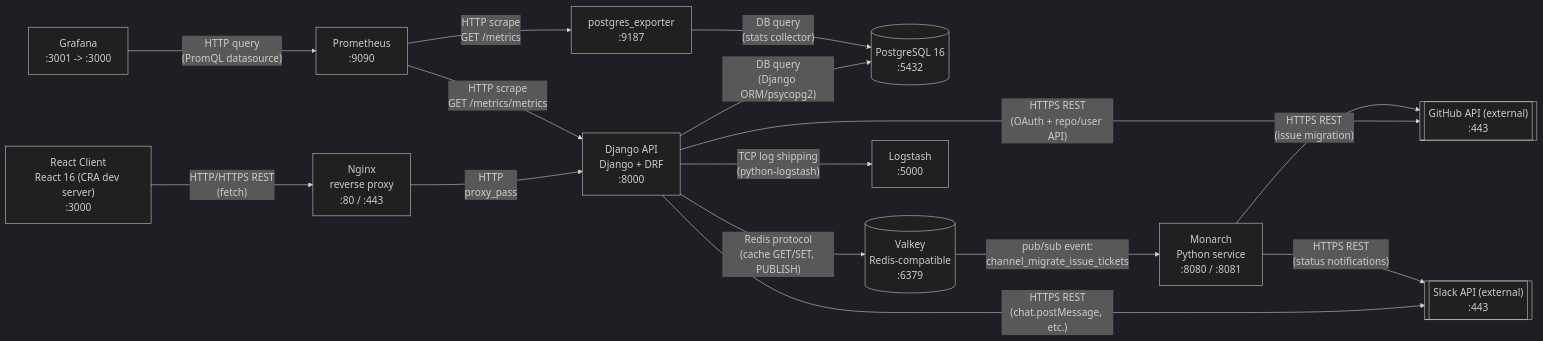
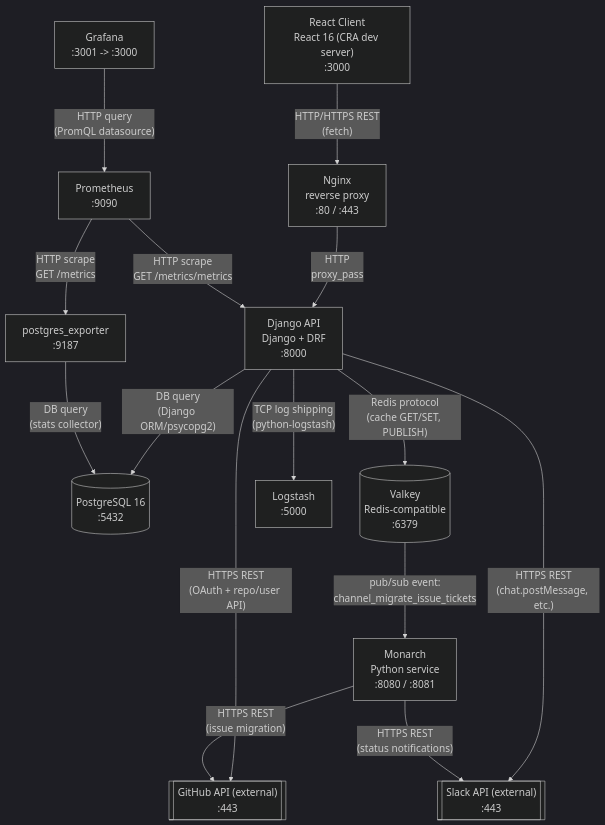
Before and after one commit to KaiSwain/learn-ops-infrastructure: the diagram in system-map-ai.md, drawn with Mermaid.

Commit message:
Add system map AI

````diff
--- a/system-map-ai.md
+++ b/system-map-ai.md
@@ -1,31 +1,31 @@
 ```mermaid
-%%{init: {'theme': 'dark', 'themeVariables': {'fontSize': '18px'}, 'flowchart': {'nodeSpacing': 50, 'rankSpacing': 110}}}%%
-graph LR
+%%{init: {'theme': 'dark', 'themeVariables': {'fontSize': '18px'}, 'flowchart': {'nodeSpacing': 50, 'rankSpacing': 90}}}%%
+graph TB
     Client["React Client<br/>React 16 (CRA dev server)<br/>:3000"]
     Nginx["Nginx<br/>reverse proxy<br/>:80 / :443"]
     API["Django API<br/>Django + DRF<br/>:8000"]
     DB[("PostgreSQL 16<br/>:5432")]
     Valkey[("Valkey<br/>Redis-compatible<br/>:6379")]
     Monarch["Monarch<br/>Python service<br/>:8080 / :8081"]
     Logstash["Logstash<br/>:5000"]
     Prometheus["Prometheus<br/>:9090"]
     PGExporter["postgres_exporter<br/>:9187"]
     Grafana["Grafana<br/>:3001 -> :3000"]
     GitHub[["GitHub API (external)<br/>:443"]]
     Slack[["Slack API (external)<br/>:443"]]
 
     Client -->|"HTTP/HTTPS REST<br/>(fetch)"| Nginx
     Nginx -->|"HTTP<br/>proxy_pass"| API
     API -->|"DB query<br/>(Django ORM/psycopg2)"| DB
     API -->|"Redis protocol<br/>(cache GET/SET, PUBLISH)"| Valkey
     API -->|"TCP log shipping<br/>(python-logstash)"| Logstash
     API -->|"HTTPS REST<br/>(OAuth + repo/user API)"| GitHub
     API -->|"HTTPS REST<br/>(chat.postMessage, etc.)"| Slack
     Valkey -->|"pub/sub event:<br/>channel_migrate_issue_tickets"| Monarch
     Monarch -->|"HTTPS REST<br/>(issue migration)"| GitHub
     Monarch -->|"HTTPS REST<br/>(status notifications)"| Slack
     Prometheus -->|"HTTP scrape<br/>GET /metrics/metrics"| API
     Prometheus -->|"HTTP scrape<br/>GET /metrics"| PGExporter
     PGExporter -->|"DB query<br/>(stats collector)"| DB
     Grafana -->|"HTTP query<br/>(PromQL datasource)"| Prometheus
 ```
````
